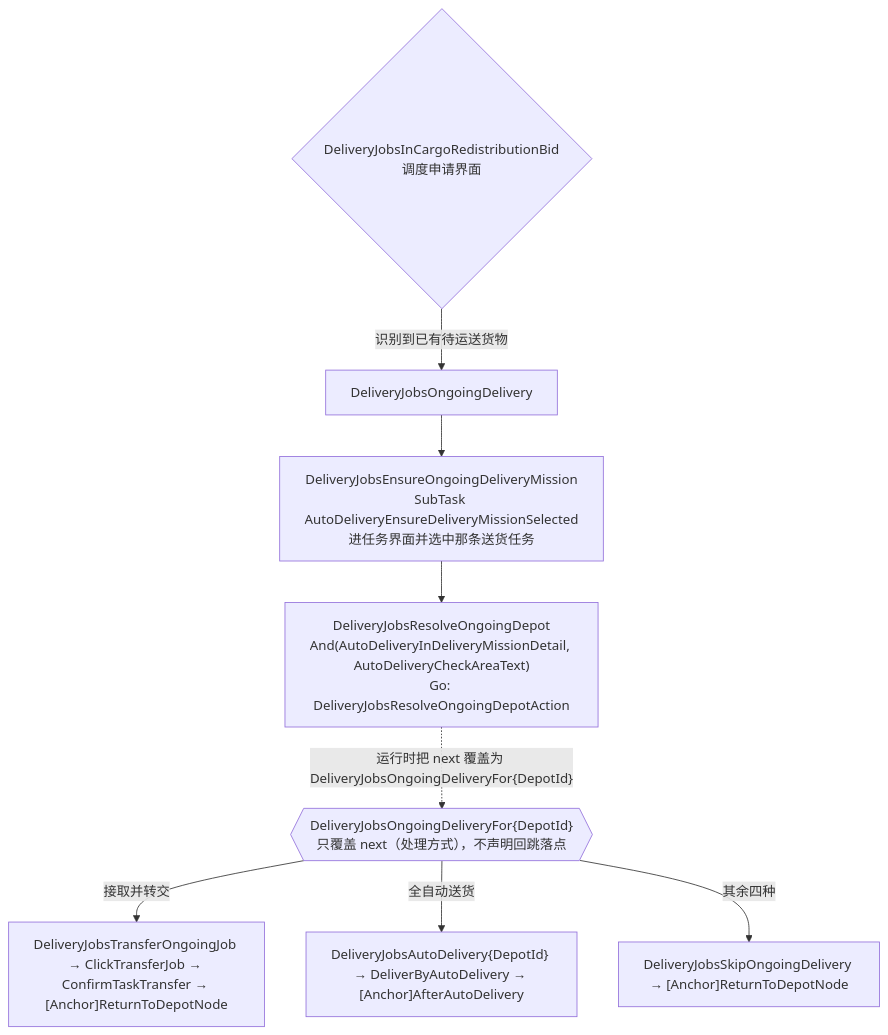
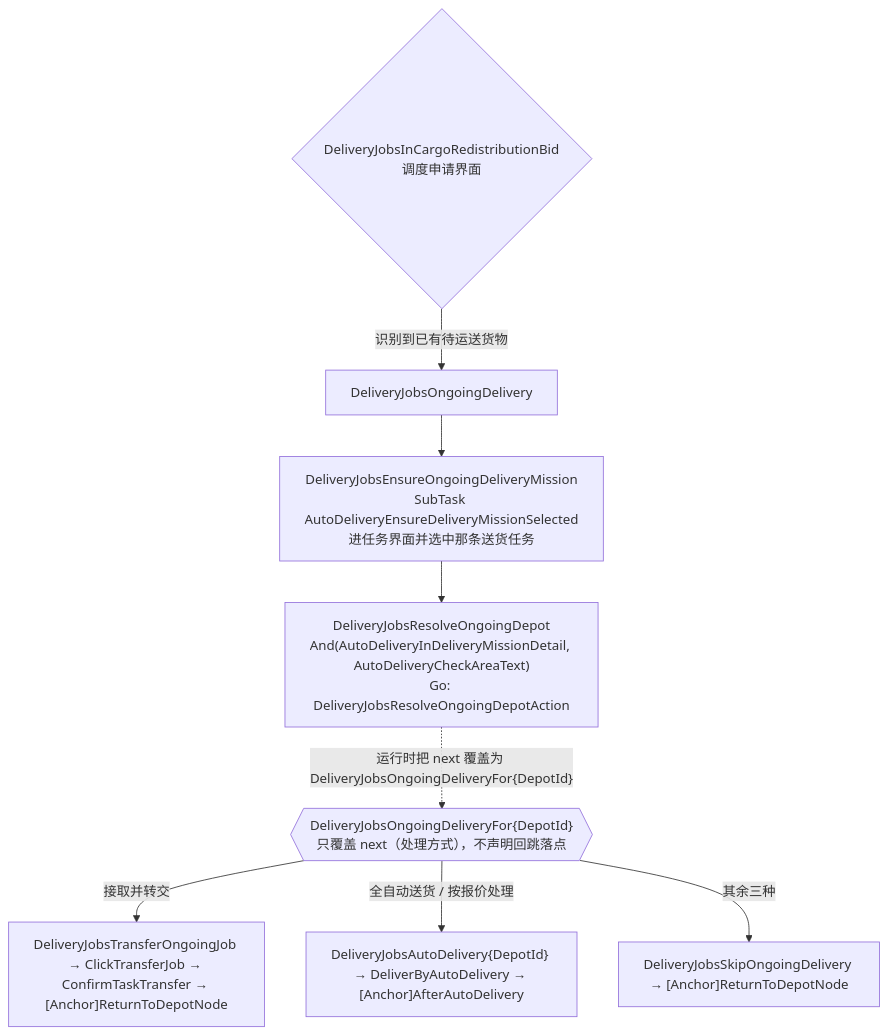
One commit to MaaEnd/MaaEnd changed the fourth of 6 diagrams in docs/zh_cn/developers/tasks/delivery-jobs-maintain.md. Above: the diagram before and after it, drawn with Mermaid. The commit also changed other lines of this file and 3 other files, not shown here.

First line of the commit message:
fix(DeliveryJobs): 按报价处理的残留委托改走全自动送货

````diff
--- a/docs/zh_cn/developers/tasks/delivery-jobs-maintain.md
+++ b/docs/zh_cn/developers/tasks/delivery-jobs-maintain.md
@@ -145,10 +146,10 @@
 ```mermaid
 flowchart TD
     Bid{"DeliveryJobsInCargoRedistributionBid\n调度申请界面"} -->|识别到已有待运送货物| Ong["DeliveryJobsOngoingDelivery"]
     Ong --> Ensure["DeliveryJobsEnsureOngoingDeliveryMission\nSubTask AutoDeliveryEnsureDeliveryMissionSelected\n进任务界面并选中那条送货任务"]
     Ensure --> Resolve["DeliveryJobsResolveOngoingDepot\nAnd(AutoDeliveryInDeliveryMissionDetail, AutoDeliveryCheckAreaText)\nGo: DeliveryJobsResolveOngoingDepotAction"]
     Resolve -.->|"运行时把 next 覆盖为 DeliveryJobsOngoingDeliveryFor{DepotId}"| For{{"DeliveryJobsOngoingDeliveryFor{DepotId}\n只覆盖 next（处理方式），不声明回跳落点"}}
     For -->|接取并转交| T["DeliveryJobsTransferOngoingJob → ClickTransferJob → ConfirmTaskTransfer → [Anchor]ReturnToDepotNode"]
-    For -->|全自动送货| A["DeliveryJobsAutoDelivery{DepotId} → DeliverByAutoDelivery → [Anchor]AfterAutoDelivery"]
-    For -->|其余四种| S["DeliveryJobsSkipOngoingDelivery → [Anchor]ReturnToDepotNode"]
+    For -->|全自动送货 / 按报价处理| A["DeliveryJobsAutoDelivery{DepotId} → DeliverByAutoDelivery → [Anchor]AfterAutoDelivery"]
+    For -->|其余三种| S["DeliveryJobsSkipOngoingDelivery → [Anchor]ReturnToDepotNode"]
 ```
````
